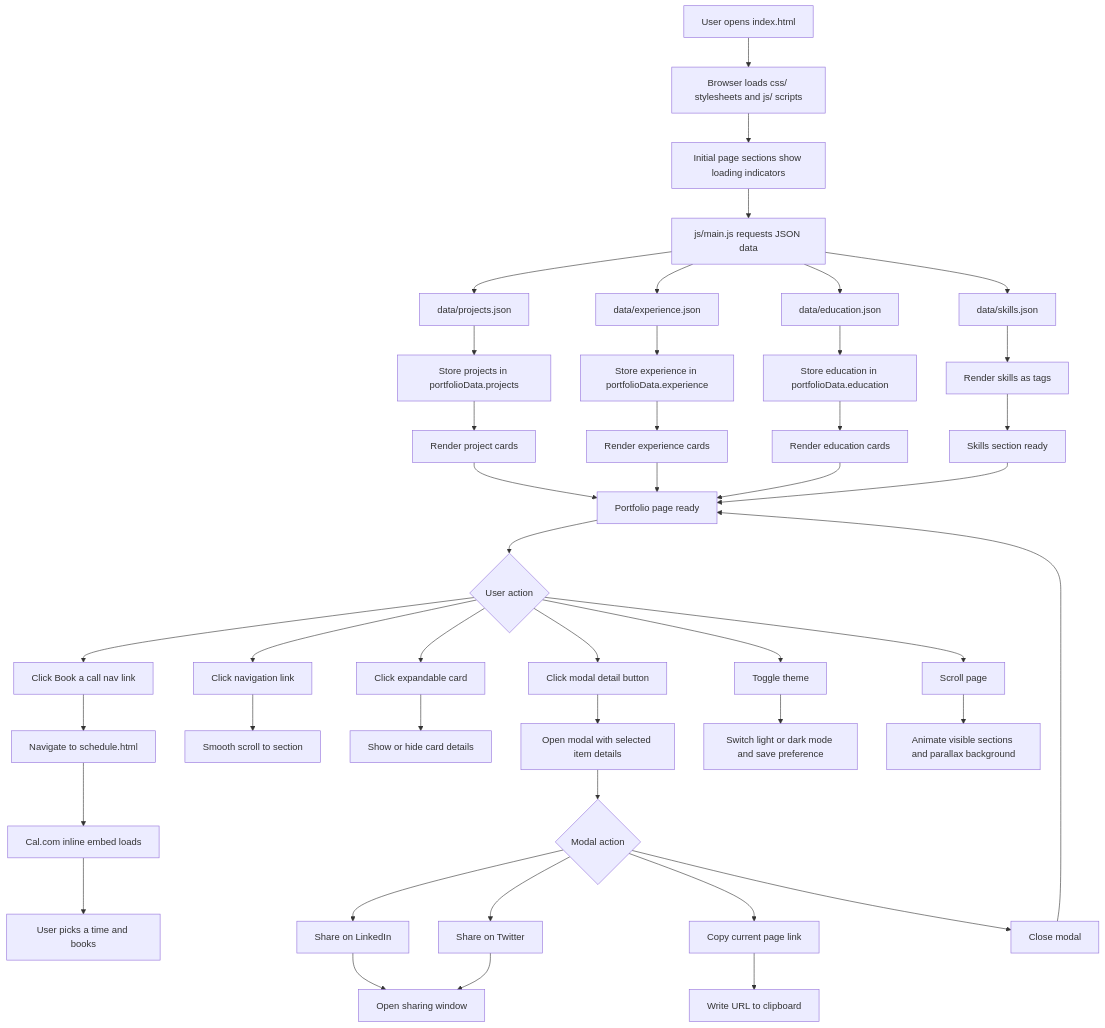
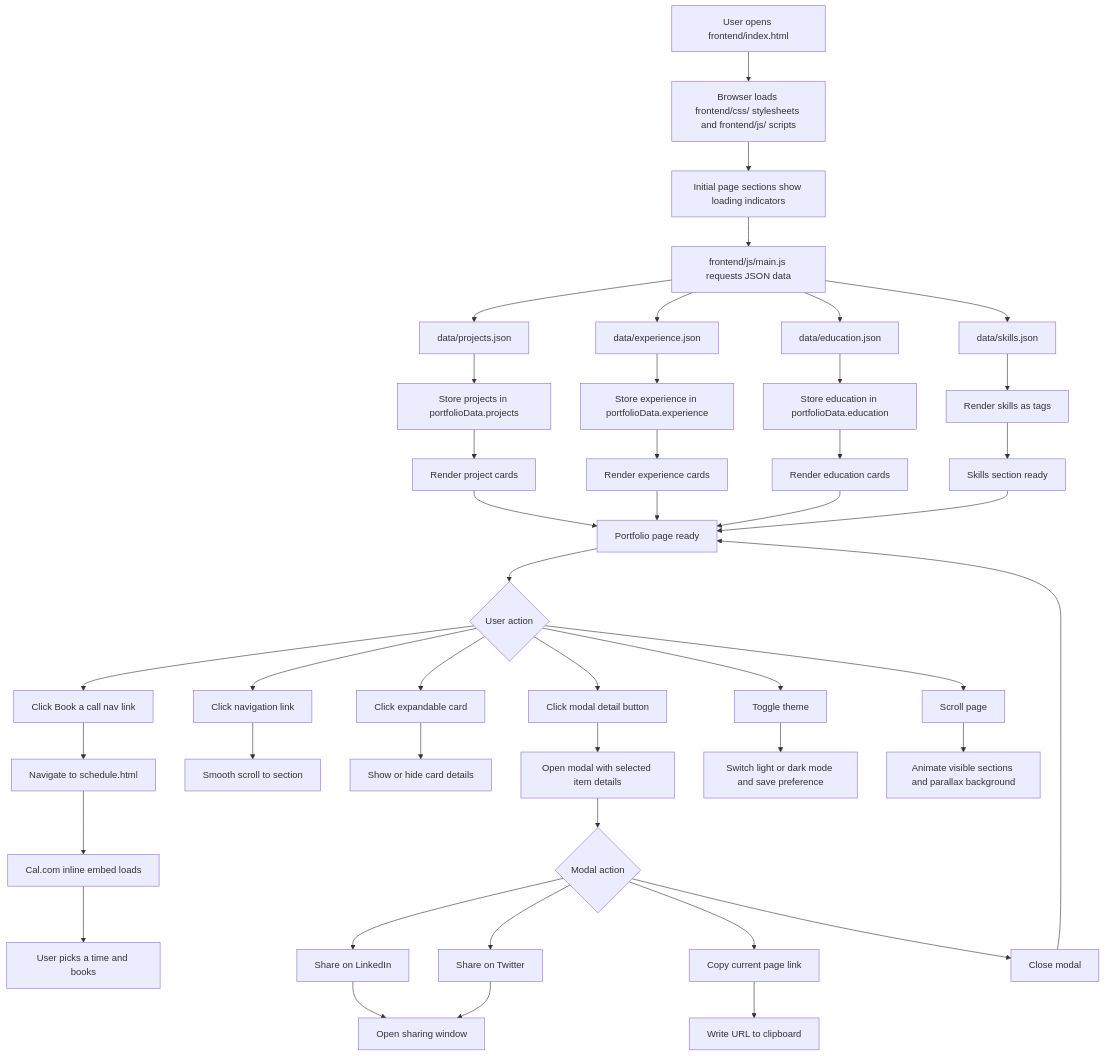
The first of 2 diagrams in docs/FLOWCHART.md (AninditB/pages), drawn with Mermaid before and after one commit. The commit also changed 18 other files, not shown here.

First line of the commit message:
Reorganize site into frontend/ folder, keep data/ at root

````diff
--- a/docs/FLOWCHART.md
+++ b/docs/FLOWCHART.md
@@ -3,55 +3,55 @@
 ```mermaid
 flowchart TD
-    A[User opens index.html] --> B[Browser loads css/ stylesheets and js/ scripts]
+    A[User opens frontend/index.html] --> B[Browser loads frontend/css/ stylesheets and frontend/js/ scripts]
     B --> C[Initial page sections show loading indicators]
-    C --> D[js/main.js requests JSON data]
+    C --> D[frontend/js/main.js requests JSON data]
 
     D --> E[data/projects.json]
     D --> F[data/experience.json]
     D --> G[data/education.json]
     D --> H[data/skills.json]
 
     E --> I[Store projects in portfolioData.projects]
     F --> J[Store experience in portfolioData.experience]
     G --> K[Store education in portfolioData.education]
     H --> L[Render skills as tags]
 
     I --> M[Render project cards]
     J --> N[Render experience cards]
     K --> O[Render education cards]
     L --> P[Skills section ready]
 
     M --> Q[Portfolio page ready]
     N --> Q
     O --> Q
     P --> Q
 
     Q --> R{User action}
     R --> S[Click navigation link]
     R --> T[Click expandable card]
     R --> U[Click modal detail button]
     R --> V[Toggle theme]
     R --> W[Scroll page]
     R --> S2["Click Book a call nav link"]
 
     S2 --> X2[Navigate to schedule.html]
     X2 --> Y2[Cal.com inline embed loads]
     Y2 --> Z2[User picks a time and books]
 
     S --> X[Smooth scroll to section]
     T --> Y[Show or hide card details]
     U --> Z[Open modal with selected item details]
     V --> AA[Switch light or dark mode and save preference]
     W --> AB[Animate visible sections and parallax background]
 
     Z --> AC{Modal action}
     AC --> AD[Share on LinkedIn]
     AC --> AE[Share on Twitter]
     AC --> AF[Copy current page link]
     AC --> AG[Close modal]
 
     AD --> AH[Open sharing window]
     AE --> AH
     AF --> AI[Write URL to clipboard]
     AG --> Q
 ```
````
